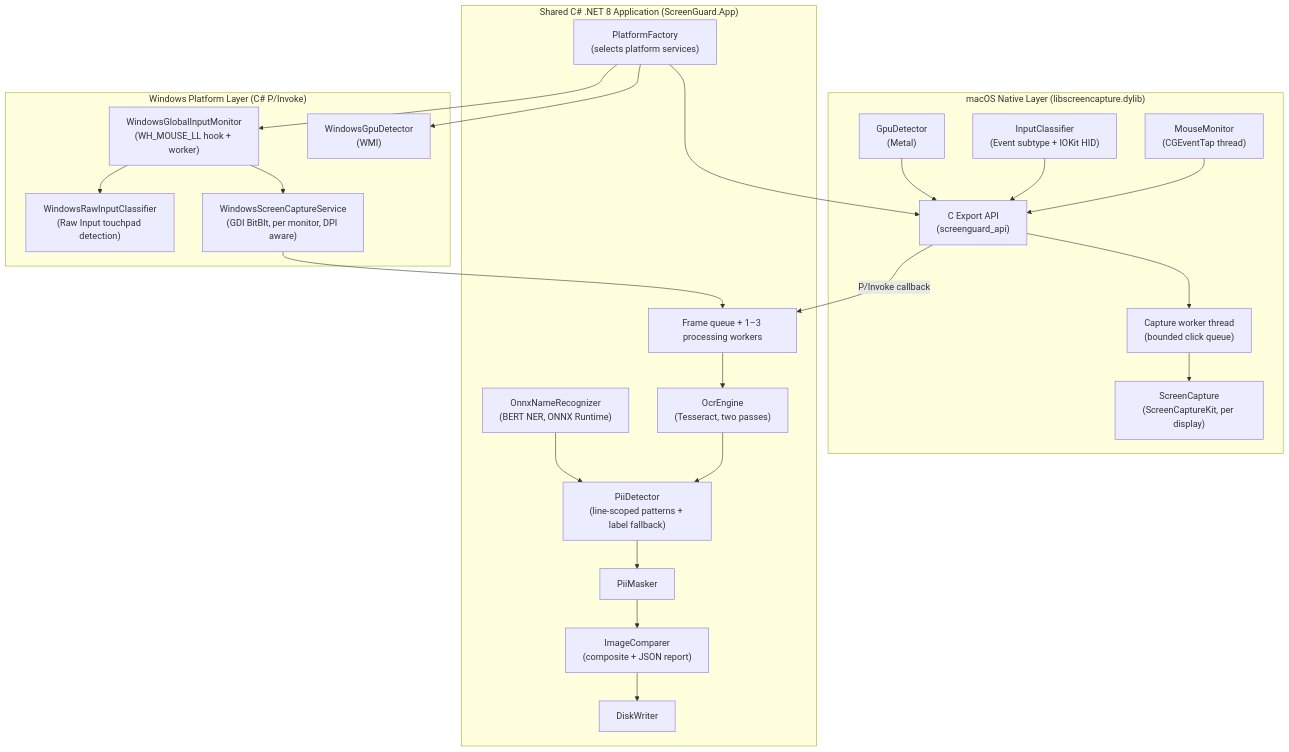
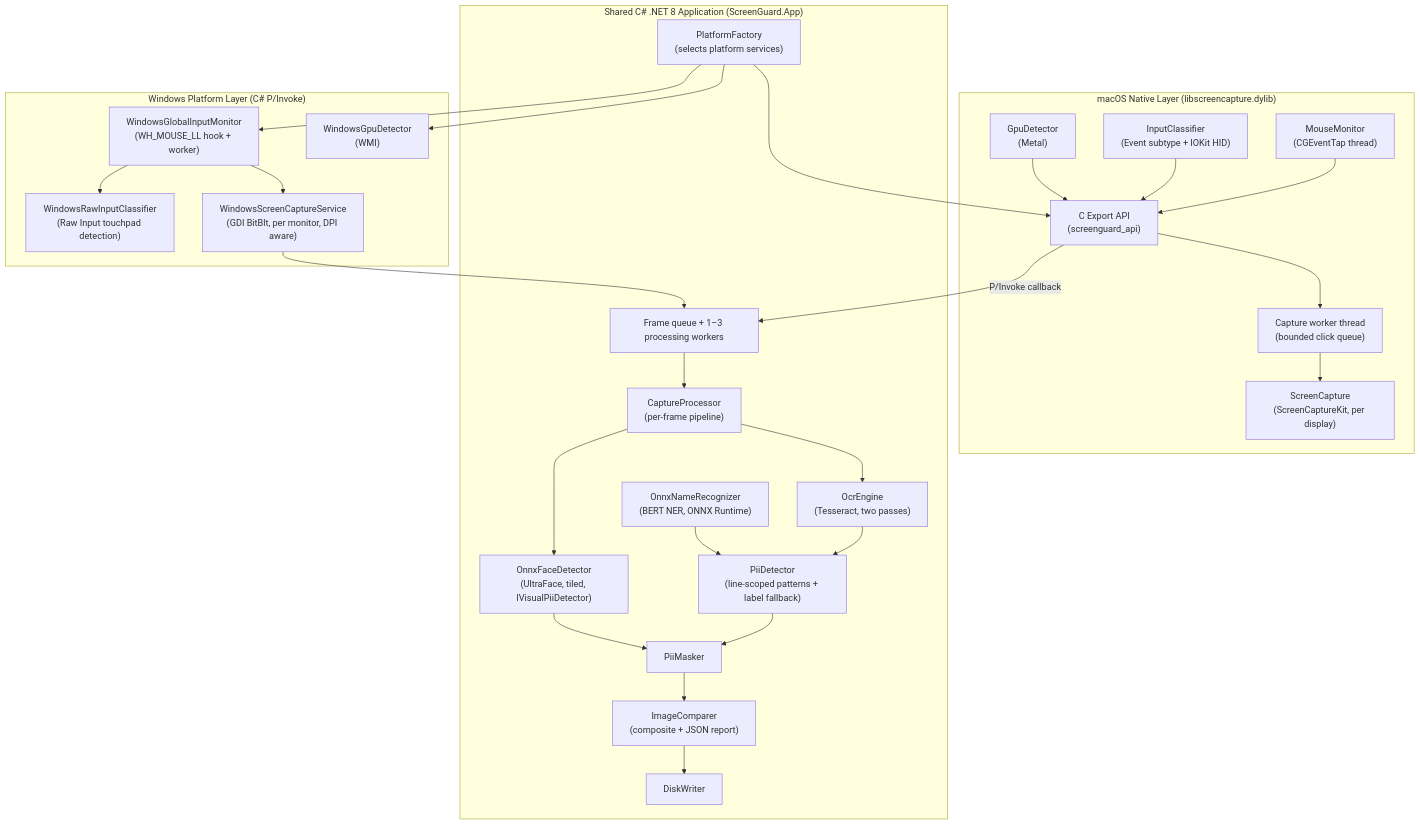
Before and after one commit to Deeps72-ux/screenguard-pii-masker: the first of 2 diagrams in docs/HLD.md, drawn with Mermaid. The commit also changed other lines of this file and 17 other files, not shown here.

````diff
--- a/docs/HLD.md
+++ b/docs/HLD.md
@@ -40,51 +41,56 @@
 ```mermaid
 graph TB
     subgraph "macOS Native Layer (libscreencapture.dylib)"
         MM["MouseMonitor<br/>(CGEventTap thread)"]
         IC["InputClassifier<br/>(Event subtype + IOKit HID)"]
         WK["Capture worker thread<br/>(bounded click queue)"]
         SC["ScreenCapture<br/>(ScreenCaptureKit, per display)"]
         GD["GpuDetector<br/>(Metal)"]
         API["C Export API<br/>(screenguard_api)"]
     end
 
     subgraph "Windows Platform Layer (C# P/Invoke)"
         HOOK["WindowsGlobalInputMonitor<br/>(WH_MOUSE_LL hook + worker)"]
         RAW["WindowsRawInputClassifier<br/>(Raw Input touchpad detection)"]
         GDI["WindowsScreenCaptureService<br/>(GDI BitBlt, per monitor, DPI aware)"]
         WMI["WindowsGpuDetector<br/>(WMI)"]
     end
 
     subgraph "Shared C# .NET 8 Application (ScreenGuard.App)"
         PF["PlatformFactory<br/>(selects platform services)"]
         Q["Frame queue + 1–3 processing workers"]
         OCR["OcrEngine<br/>(Tesseract, two passes)"]
         PII_DET["PiiDetector<br/>(line-scoped patterns + label fallback)"]
         NER["OnnxNameRecognizer<br/>(BERT NER, ONNX Runtime)"]
+        CP["CaptureProcessor<br/>(per-frame pipeline)"]
+        FACE["OnnxFaceDetector<br/>(UltraFace, tiled, IVisualPiiDetector)"]
         PII_MASK["PiiMasker"]
         COMPARER["ImageComparer<br/>(composite + JSON report)"]
         DISK["DiskWriter"]
     end
 
     MM --> API
     IC --> API
     WK --> SC
     API --> WK
     GD --> API
     API -->|"P/Invoke callback"| Q
 
     HOOK --> RAW
     HOOK --> GDI
     GDI --> Q
 
     PF --> API
     PF --> HOOK
     PF --> WMI
 
-    Q --> OCR
+    Q --> CP
+    CP --> OCR
+    CP --> FACE
     OCR --> PII_DET
     NER --> PII_DET
     PII_DET --> PII_MASK
+    FACE --> PII_MASK
     PII_MASK --> COMPARER
     COMPARER --> DISK
 ```
````
